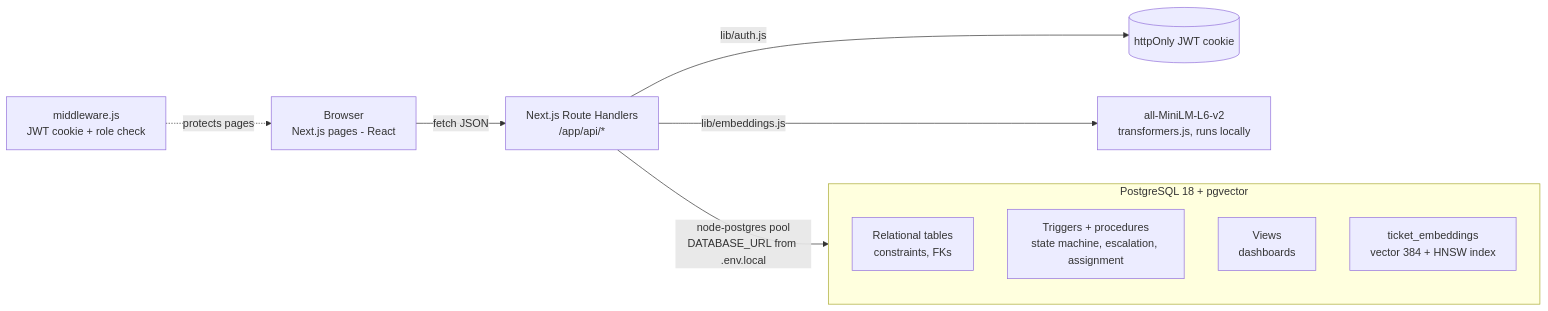
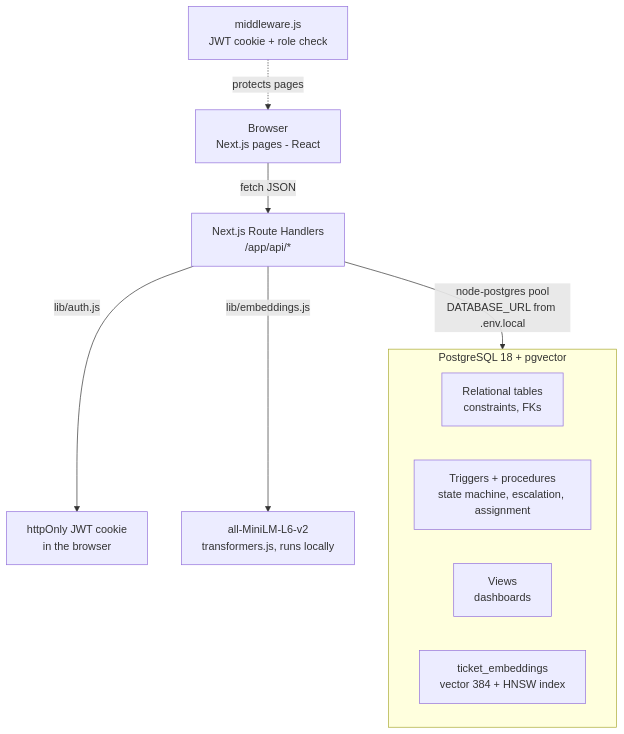
One commit to Sidhant-holla/smart-grievance-redressal-system changed the first of 3 diagrams in docs/DESIGN.md. Above: the diagram before and after it, drawn with Mermaid. The commit also changed other lines of this file and 16 other files, not shown here.

````diff
--- a/docs/DESIGN.md
+++ b/docs/DESIGN.md
@@ -44,14 +44,14 @@
 ```mermaid
-flowchart LR
+flowchart TB
     B[Browser<br/>Next.js pages - React] -->|fetch JSON| API[Next.js Route Handlers<br/>/app/api/*]
     MW[middleware.js<br/>JWT cookie + role check] -.protects pages.-> B
-    API -->|lib/auth.js| JWT[(httpOnly JWT cookie)]
+    API -->|lib/auth.js| JWT[httpOnly JWT cookie<br/>in the browser]
     API -->|lib/embeddings.js| M[all-MiniLM-L6-v2<br/>transformers.js, runs locally]
-    API -->|node-postgres pool<br/>DATABASE_URL from .env.local| PG[(PostgreSQL 18)]
+    API -->|node-postgres pool<br/>DATABASE_URL from .env.local| PG
     subgraph PG [PostgreSQL 18 + pgvector]
       R[Relational tables<br/>constraints, FKs]
       T[Triggers + procedures<br/>state machine, escalation, assignment]
       V[Views<br/>dashboards]
       E[ticket_embeddings<br/>vector 384 + HNSW index]
     end
 ```
````
